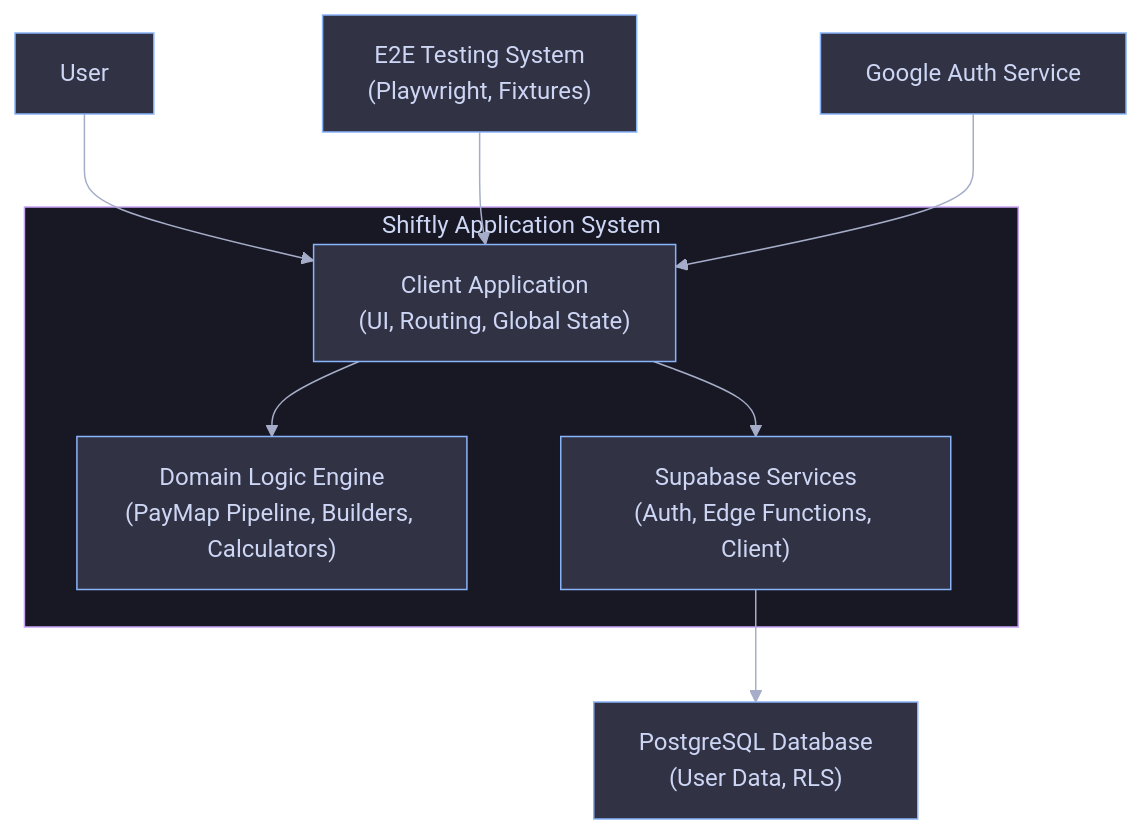
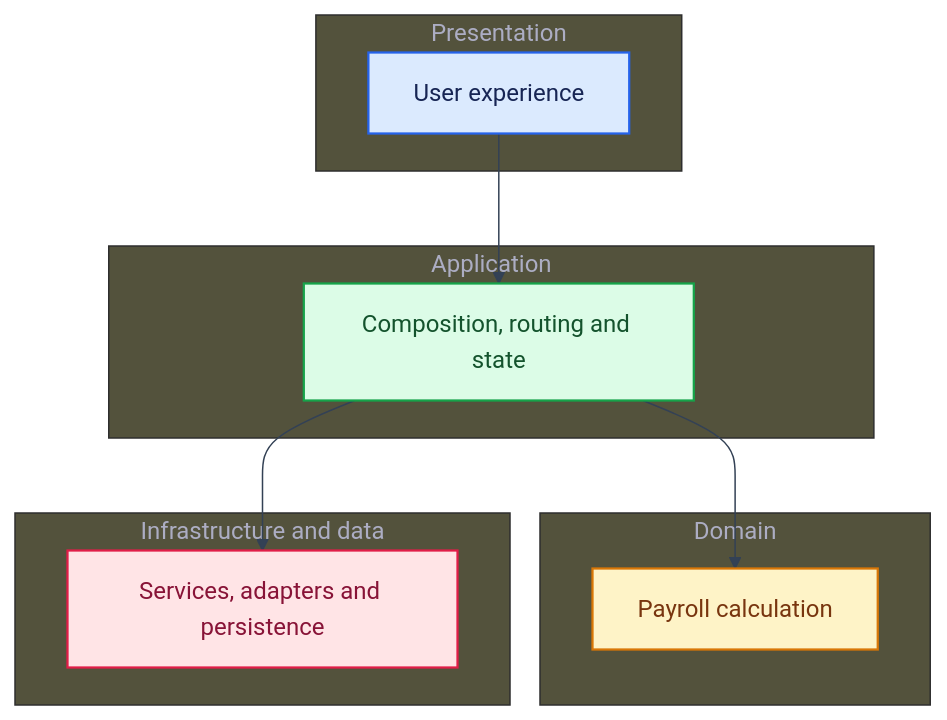
The first of 5 diagrams in docs/reference/README.md (dmaman86/shiftly), drawn with Mermaid before and after one commit. The commit also changed other lines of this file and 20 other files, not shown here.

Commit message:
docs: reorganize architecture documentation

````diff
--- a/docs/reference/README.md
+++ b/docs/reference/README.md
@@ -143,40 +128,42 @@
 ```mermaid
 ---
 config:
   theme: base
   themeVariables:
     background: "#1e1e2e"
     primaryColor: "#313244"
     primaryTextColor: "#cdd6f4"
     primaryBorderColor: "#89b4fa"
-    lineColor: "#a6adc8"
-    secondaryColor: "#45475a"
-    secondaryTextColor: "#cdd6f4"
-    secondaryBorderColor: "#cba6f7"
-    tertiaryColor: "#585b70"
-    tertiaryTextColor: "#cdd6f4"
-    clusterBkg: "#181825"
-    clusterBorder: "#cba6f7"
-    edgeLabelBackground: "#1e1e2e"
+    lineColor: "#334155"
+    edgeLabelBackground: "#ffffff"
 ---
-flowchart TB
-    user["User"]
-    e2e["E2E Testing System<br/>(Playwright, Fixtures)"]
+flowchart TD
+  subgraph group_presentation["Presentation"]
+    layer_presentation["User experience"]
+  end
 
-    subgraph shiftly["Shiftly Application System"]
-      client["Client Application<br/>(UI, Routing, Global State)"]
-      domain["Domain Logic Engine<br/>(PayMap Pipeline, Builders, Calculators)"]
-      supabase["Supabase Services<br/>(Auth, Edge Functions, Client)"]
+  subgraph group_application["Application"]
+    layer_application["Composition, routing and state"]
+  end
 
-      client --> domain
-      client --> supabase
-    end
+  subgraph group_domain["Domain"]
+    layer_domain["Payroll calculation"]
+  end
 
-    google["Google Auth Service"]
-    database["PostgreSQL Database<br/>(User Data, RLS)"]
+  subgraph group_data["Infrastructure and data"]
+    layer_data["Services, adapters and persistence"]
+  end
 
-    user --> client
-    e2e --> client
-    google --> client
-    supabase --> database
+  layer_presentation --> layer_application
+  layer_application --> layer_domain
+  layer_application --> layer_data
+
+  classDef toneBlue fill:#dbeafe,stroke:#2563eb,stroke-width:1.5px,color:#172554
+  classDef toneAmber fill:#fef3c7,stroke:#d97706,stroke-width:1.5px,color:#78350f
+  classDef toneMint fill:#dcfce7,stroke:#16a34a,stroke-width:1.5px,color:#14532d
+  classDef toneRose fill:#ffe4e6,stroke:#e11d48,stroke-width:1.5px,color:#881337
+  class layer_presentation toneBlue
+  class layer_application toneMint
+  class layer_domain toneAmber
+  class layer_data toneRose
 ```
````
